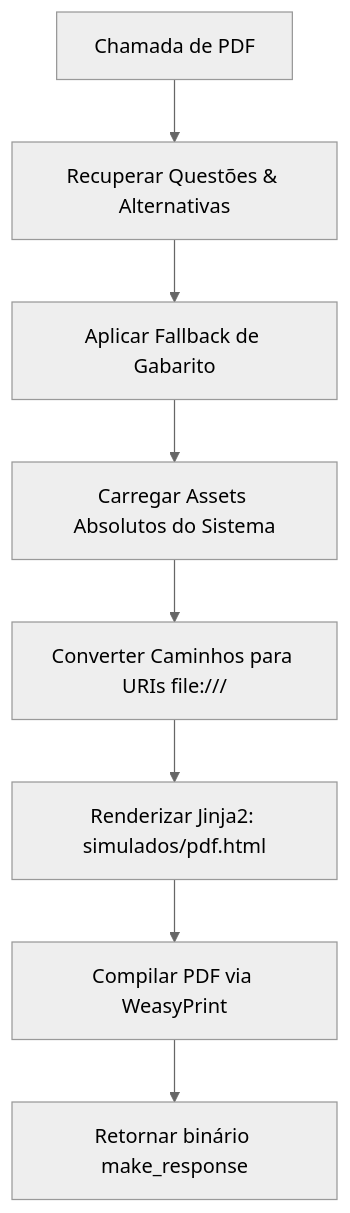
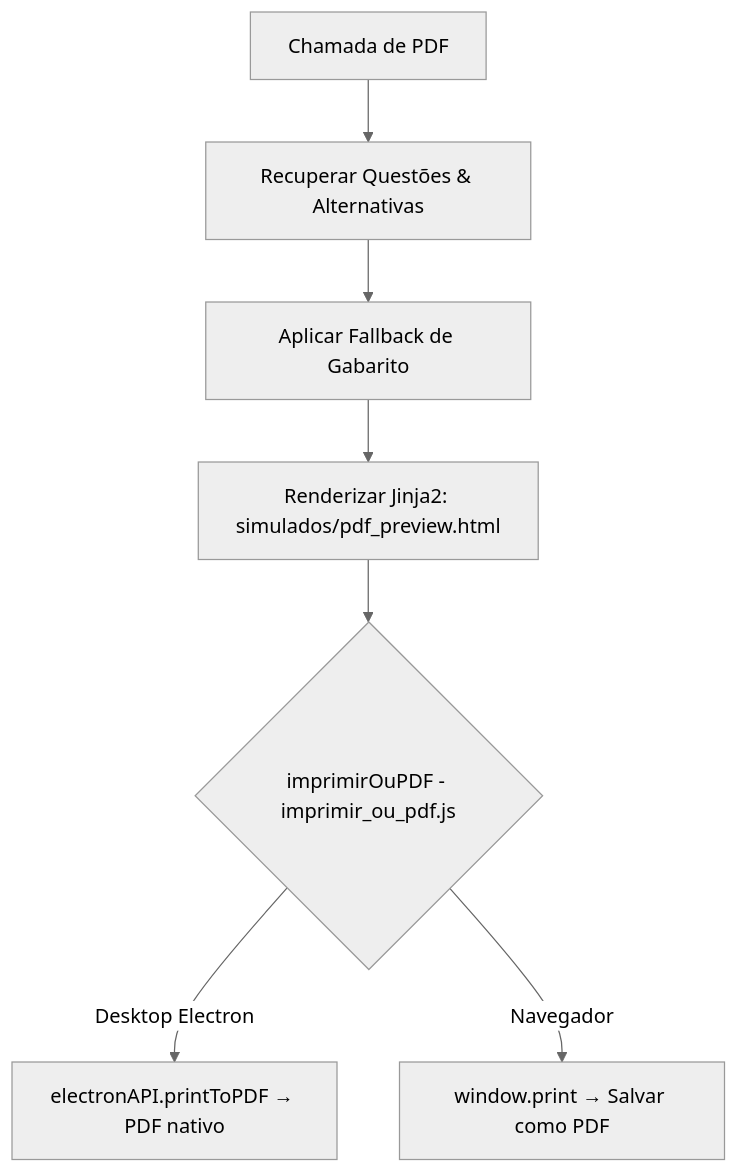
Before and after one commit to thierry-moreira/gabaritei-questoes: the second of 2 diagrams in docs/rotas/simulado.py.md, drawn with Mermaid (neutral theme). The commit also changed other lines of this file and 32 other files, not shown here.

````diff
--- a/docs/rotas/simulado.py.md
+++ b/docs/rotas/simulado.py.md
@@ -114,10 +114,9 @@
 ```mermaid
 graph TD
     A[Chamada de PDF] --> B[Recuperar Questões & Alternativas]
     B --> C[Aplicar Fallback de Gabarito]
-    C --> D[Carregar Assets Absolutos do Sistema]
-    D --> E[Converter Caminhos para URIs file:///]
-    E --> F[Renderizar Jinja2: simulados/pdf.html]
-    F --> G[Compilar PDF via WeasyPrint]
-    G --> H[Retornar binário make_response]
+    C --> D[Renderizar Jinja2: simulados/pdf_preview.html]
+    D --> E{imprimirOuPDF - imprimir_ou_pdf.js}
+    E -->|Desktop Electron| F[electronAPI.printToPDF → PDF nativo]
+    E -->|Navegador| G[window.print → Salvar como PDF]
 ```
````
